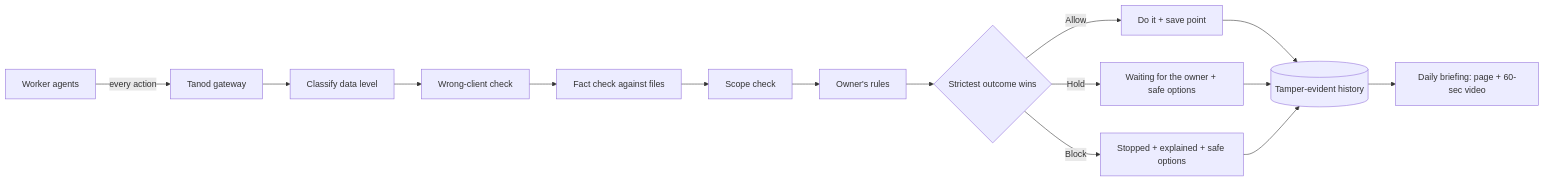
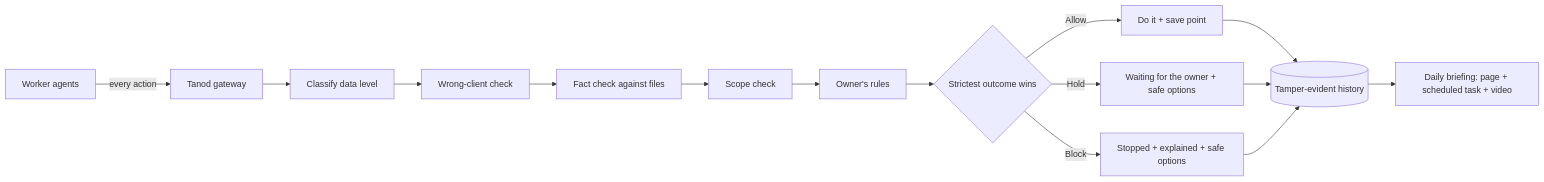
The second of 2 diagrams in README.md (aljabrialam/tanod), drawn with Mermaid before and after one commit. The commit also changed other lines of this file and 28 other files, not shown here.

````diff
--- a/README.md
+++ b/README.md
@@ -45,15 +60,15 @@
 ```mermaid
 flowchart LR
   AG[Worker agents] -->|every action| GW[Tanod gateway]
   GW --> CL[Classify data level]
   CL --> WC[Wrong-client check]
   WC --> FC[Fact check against files]
   FC --> SC[Scope check]
   SC --> PO[Owner's rules]
   PO --> CO{Strictest outcome wins}
   CO -->|Allow| EX[Do it + save point]
   CO -->|Hold| Q[Waiting for the owner + safe options]
   CO -->|Block| BL[Stopped + explained + safe options]
   EX & Q & BL --> LG[(Tamper-evident history)]
-  LG --> BR[Daily briefing: page + 60-sec video]
+  LG --> BR[Daily briefing: page + scheduled task + video]
 ```
````
